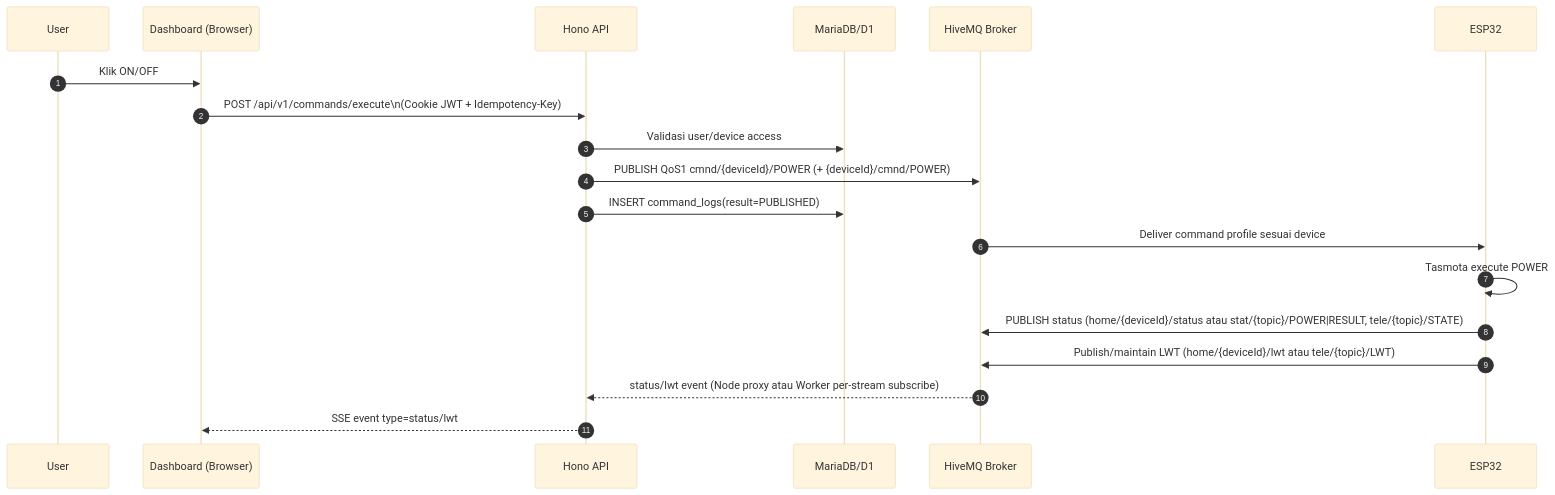
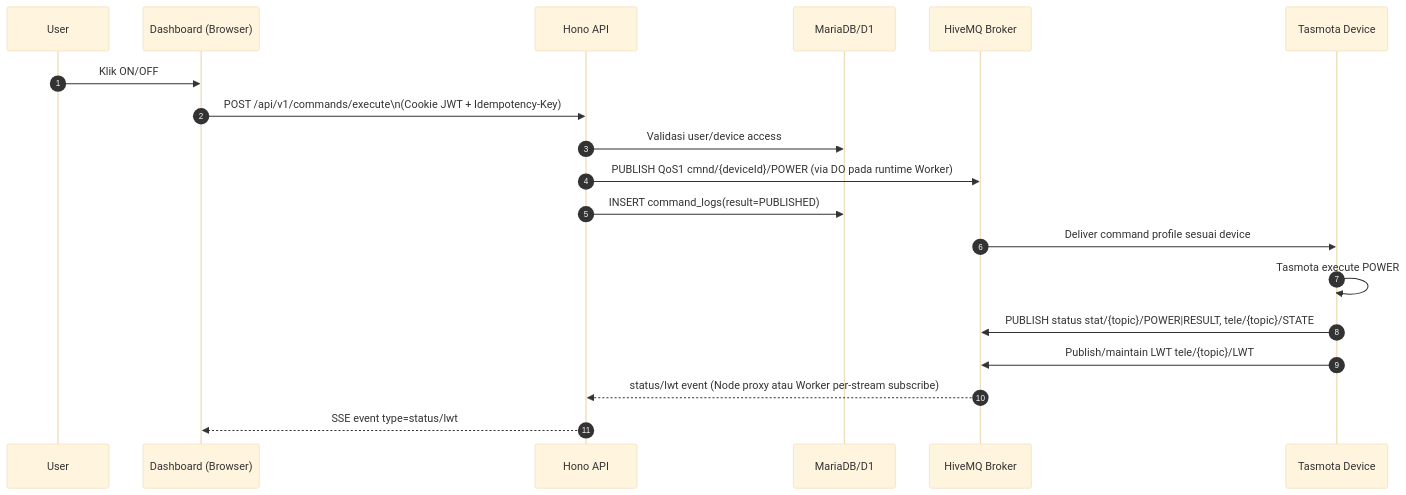
The third of 6 diagrams in docs/Diagram_Arsitektur_Ekosistem_SmartLamp.md (afaavimala/Lampu-PIntar-Rumah-Tangga), drawn with Mermaid (base theme) before and after one commit. The commit also changed other lines of this file and 40 other files, not shown here.

````diff
--- a/docs/Diagram_Arsitektur_Ekosistem_SmartLamp.md
+++ b/docs/Diagram_Arsitektur_Ekosistem_SmartLamp.md
@@ -136,22 +132,22 @@
 ```mermaid
 sequenceDiagram
   autonumber
   participant U as User
   participant FE as Dashboard (Browser)
   participant API as Hono API
   participant DB as MariaDB/D1
   participant MQ as HiveMQ Broker
-  participant ESP as ESP32
+  participant ESP as Tasmota Device
 
   U->>FE: Klik ON/OFF
   FE->>API: POST /api/v1/commands/execute\n(Cookie JWT + Idempotency-Key)
   API->>DB: Validasi user/device access
-  API->>MQ: PUBLISH QoS1 cmnd/{deviceId}/POWER (+ {deviceId}/cmnd/POWER)
+  API->>MQ: PUBLISH QoS1 cmnd/{deviceId}/POWER (via DO pada runtime Worker)
   API->>DB: INSERT command_logs(result=PUBLISHED)
   MQ->>ESP: Deliver command profile sesuai device
   ESP->>ESP: Tasmota execute POWER
-  ESP->>MQ: PUBLISH status (home/{deviceId}/status atau stat/{topic}/POWER|RESULT, tele/{topic}/STATE)
-  ESP->>MQ: Publish/maintain LWT (home/{deviceId}/lwt atau tele/{topic}/LWT)
+  ESP->>MQ: PUBLISH status stat/{topic}/POWER|RESULT, tele/{topic}/STATE
+  ESP->>MQ: Publish/maintain LWT tele/{topic}/LWT
   MQ-->>API: status/lwt event (Node proxy atau Worker per-stream subscribe)
   API-->>FE: SSE event type=status/lwt
 ```
````
